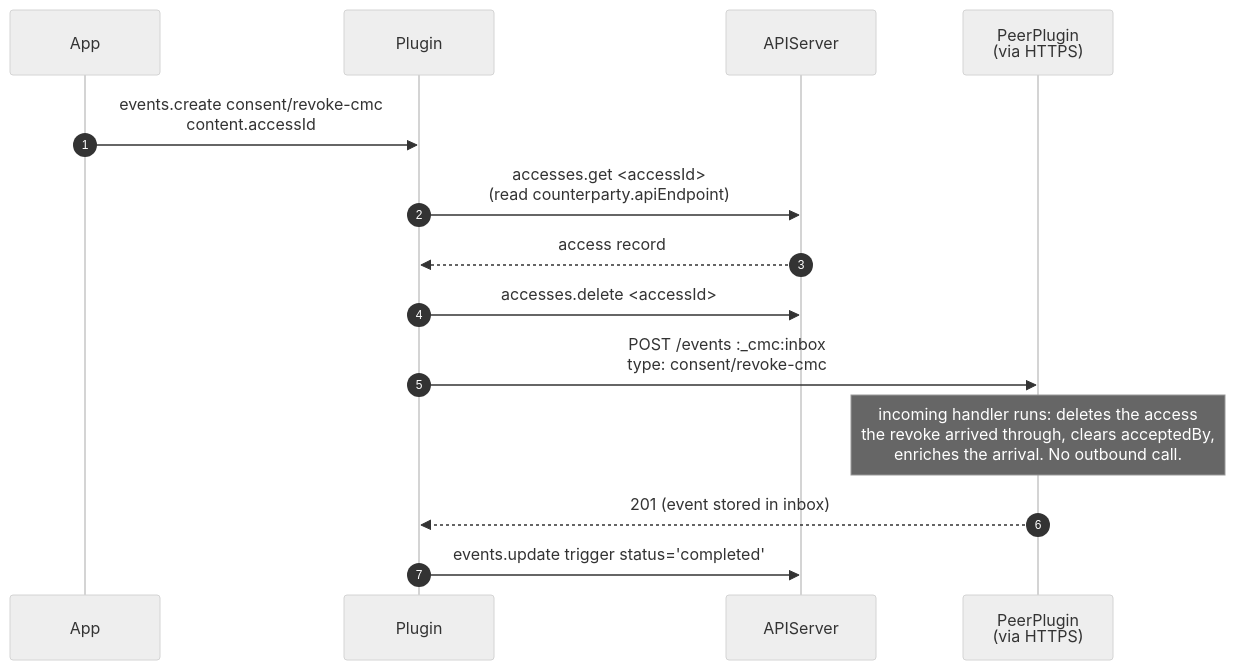
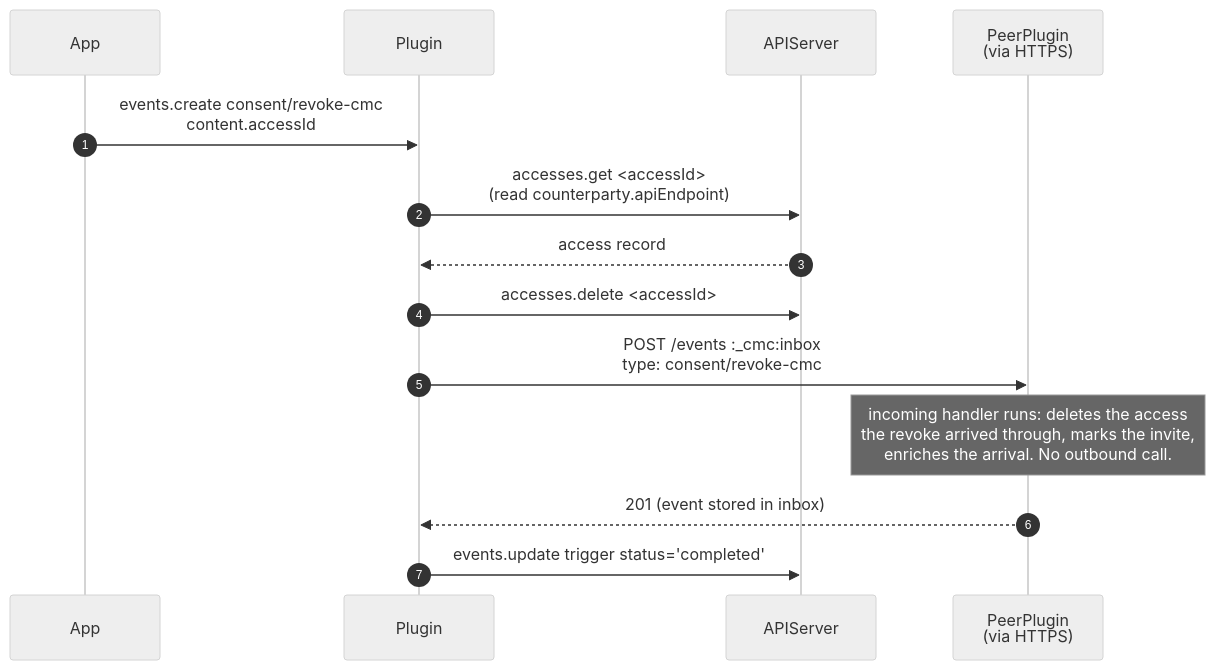
Diagram 13 of 14 in components/cmc/INTERNALS.md (pryv/open-pryv.io), drawn with Mermaid (neutral theme) before and after one commit. The commit also changed other lines of this file and 39 other files, not shown here.

````diff
--- a/components/cmc/INTERNALS.md
+++ b/components/cmc/INTERNALS.md
@@ -553,17 +554,17 @@
 ```mermaid
 sequenceDiagram
     autonumber
     participant App
     participant Plugin
     participant APIServer
     participant Peer as PeerPlugin<br/>(via HTTPS)
 
     App->>Plugin: events.create consent/revoke-cmc<br/>content.accessId
     Plugin->>APIServer: accesses.get <accessId><br/>(read counterparty.apiEndpoint)
     APIServer-->>Plugin: access record
     Plugin->>APIServer: accesses.delete <accessId>
     Plugin->>Peer: POST /events :_cmc:inbox<br/>type: consent/revoke-cmc
-    Note over Peer: incoming handler runs: deletes the access<br/>the revoke arrived through, clears acceptedBy,<br/>enriches the arrival. No outbound call.
+    Note over Peer: incoming handler runs: deletes the access<br/>the revoke arrived through, marks the invite,<br/>enriches the arrival. No outbound call.
     Peer-->>Plugin: 201 (event stored in inbox)
     Plugin->>APIServer: events.update trigger status='completed'
 ```
````
